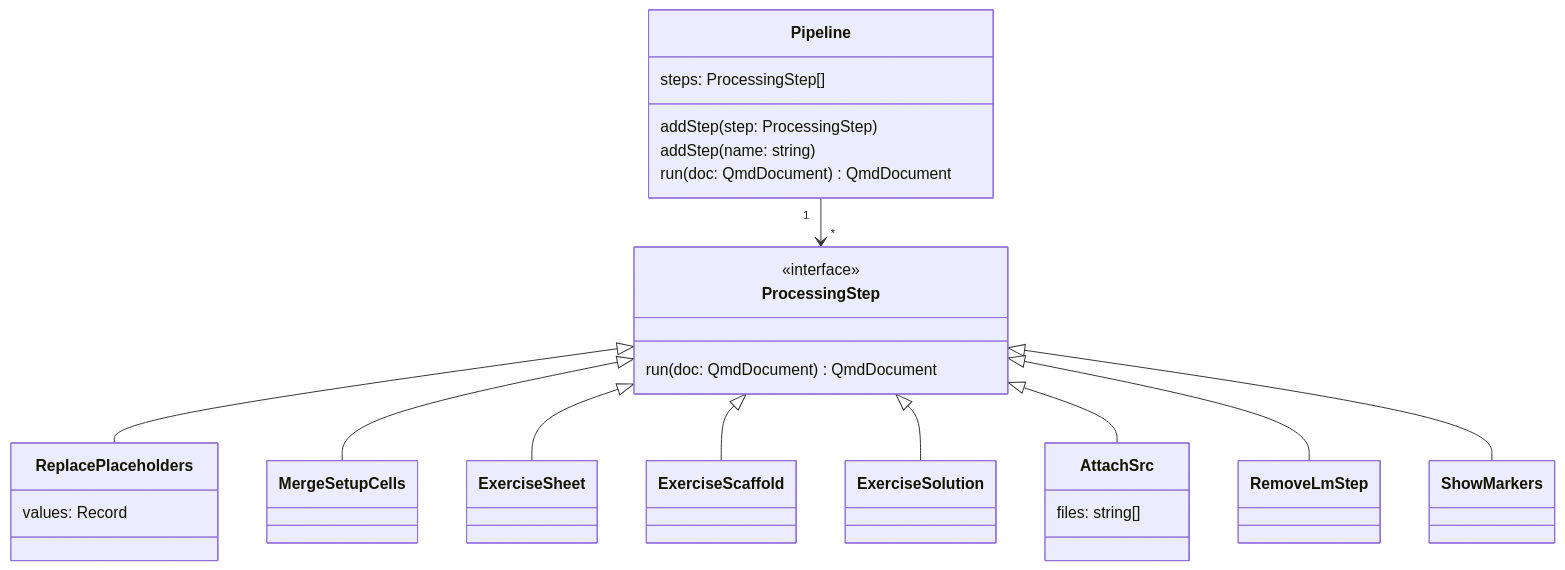
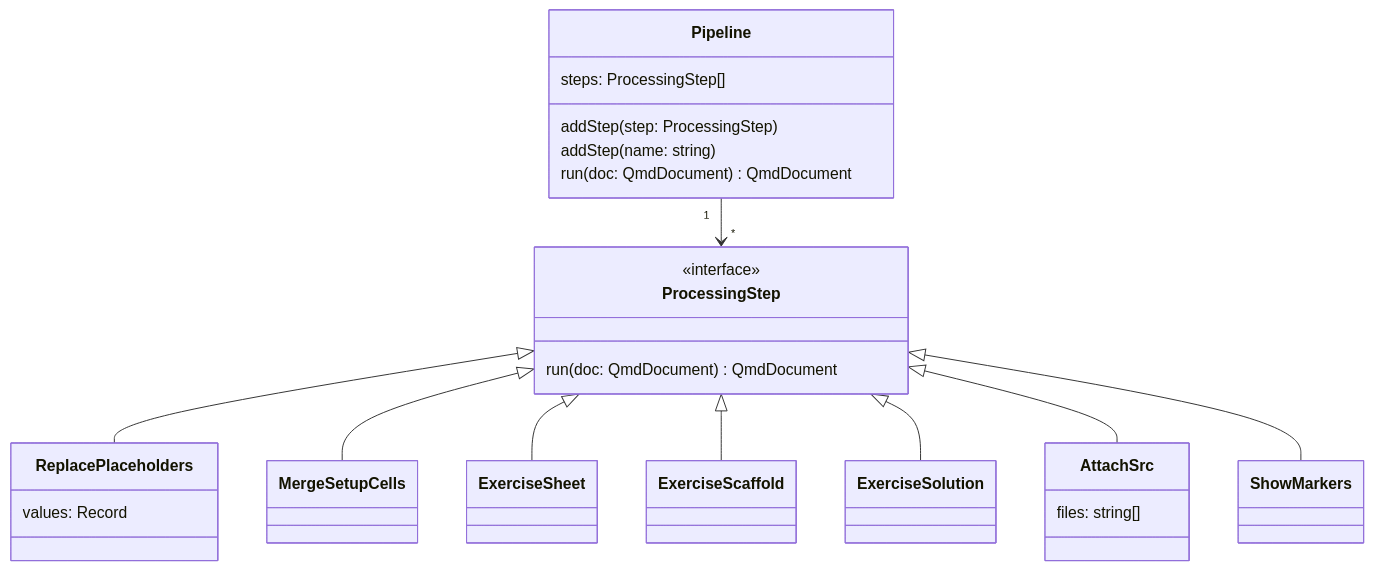
The third of 6 diagrams in DESIGN.md (matthiasbaitsch/quarto-loi-moi), drawn with Mermaid before and after one commit. The commit also changed other lines of this file and 24 other files, not shown here.

````diff
--- a/DESIGN.md
+++ b/DESIGN.md
@@ -127,29 +127,28 @@
 ```mermaid
 classDiagram
   direction TD
   Pipeline "1" --> "*" ProcessingStep
   ProcessingStep <|-- ReplacePlaceholders
   ProcessingStep <|-- MergeSetupCells
   ProcessingStep <|-- ExerciseSheet
   ProcessingStep <|-- ExerciseScaffold
   ProcessingStep <|-- ExerciseSolution
   ProcessingStep <|-- AttachSrc
-  ProcessingStep <|-- RemoveLmStep
   ProcessingStep <|-- ShowMarkers
   class Pipeline {
     steps: ProcessingStep[]
     addStep(step: ProcessingStep)
     addStep(name: string)
     run(doc: QmdDocument) QmdDocument
   }
   class ProcessingStep {
     <<interface>>
     run(doc: QmdDocument) QmdDocument
   }
   class ReplacePlaceholders {
     values: Record
   }
   class AttachSrc {
     files: string[]
   }
 ```
````
